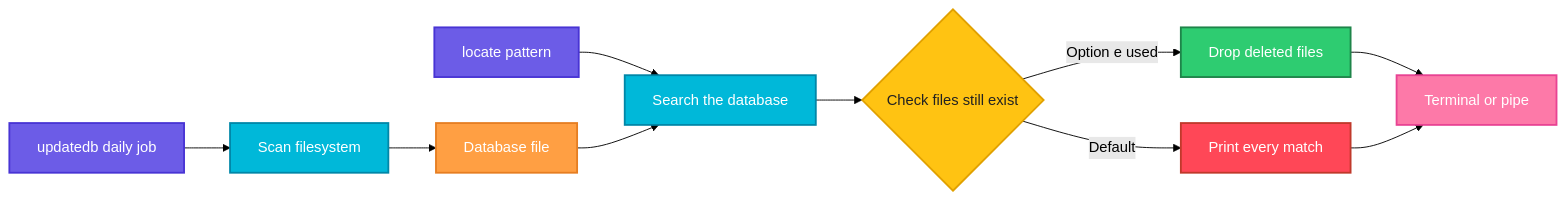
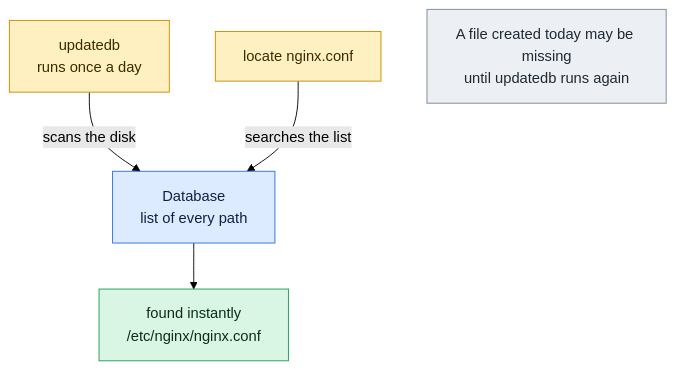
One commit to codeKerdosTech/DevOps-Documentation changed the diagram in linux/file-management/locate.md. Above: the diagram before and after it, drawn with Mermaid (forest theme). The commit also changed other lines of this file and 165 other files, not shown here.

Commit message:
updated diagrams in linux

````diff
--- a/linux/file-management/locate.md
+++ b/linux/file-management/locate.md
@@ -16,26 +16,16 @@
 ```mermaid
-flowchart LR
-    A[updatedb daily job] --> B[Scan filesystem]
-    B --> C[Database file]
-    D[locate pattern] --> E[Search the database]
-    C --> E
-    E --> F{Check files still exist}
-    F -->|Option e used| G[Drop deleted files]
-    F -->|Default| H[Print every match]
-    G --> I[Terminal or pipe]
-    H --> I
-    classDef start fill:#6C5CE7,stroke:#4834D4,stroke-width:2px,color:#fff
-    classDef proc fill:#00B8D9,stroke:#0087A8,stroke-width:2px,color:#fff
-    classDef dec fill:#FFC312,stroke:#E1A100,stroke-width:2px,color:#222
-    classDef ok fill:#2ECC71,stroke:#1E8449,stroke-width:2px,color:#fff
-    classDef err fill:#FF4757,stroke:#C0392B,stroke-width:2px,color:#fff
-    classDef out fill:#FD79A8,stroke:#E84393,stroke-width:2px,color:#fff
-    classDef alt fill:#FF9F43,stroke:#E67E22,stroke-width:2px,color:#fff
-    class A,D start
-    class B,E proc
-    class C alt
-    class F dec
-    class G ok
-    class H err
-    class I out
+flowchart TD
+    c1[updatedb<br/>runs once a day] -->|scans the disk| i1[Database<br/>list of every path]
+    c2[locate nginx.conf] -->|searches the list| i1
+    i1 --> o1[found instantly<br/>/etc/nginx/nginx.conf]
+    n1[A file created today may be missing<br/>until updatedb runs again]
+    classDef inp fill:#DCEBFF,stroke:#2F6FDE,color:#10213F
+    classDef cmd fill:#FFF0C2,stroke:#C98A00,color:#3A2A00
+    classDef out fill:#D9F5E3,stroke:#1F9D55,color:#0B2E1A
+    classDef bad fill:#FDE0E0,stroke:#D13B3B,color:#4A0F0F
+    classDef note fill:#ECEFF3,stroke:#7B8794,color:#1F2933
+    class c1,c2 cmd
+    class i1 inp
+    class o1 out
+    class n1 note
 ```
````
